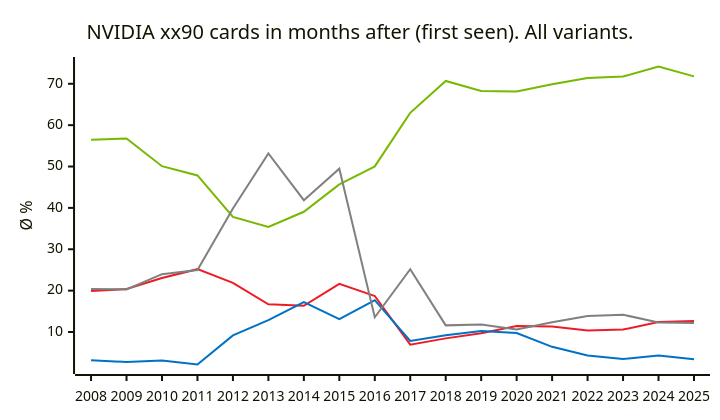
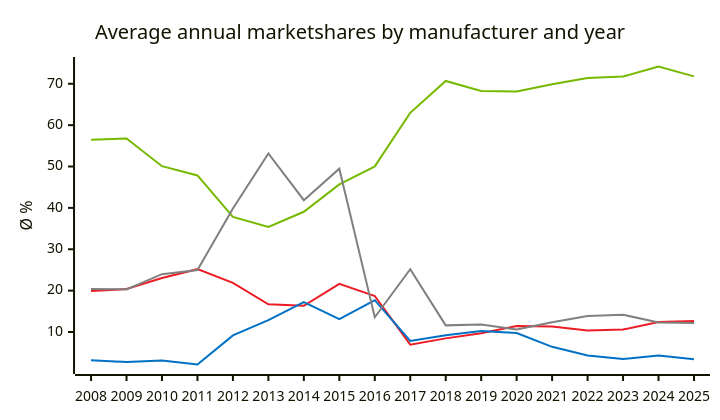
Before and after one commit to jdegene/birch-mapping: the first of 11 diagrams in README.md, drawn with Mermaid. The commit also changed other lines of this file, not shown here.

````diff
--- a/README.md
+++ b/README.md
@@ -7,22 +7,22 @@
 ```mermaid
 ---
 config:
     xyChart:
         width: 700
         height: 400
         
     themeVariables:
         xyChart:
             plotColorPalette: "#76b900,#ED1C24,#0071C5,#808080"
 
 --- 
 
 xychart-beta
-    title "NVIDIA xx90 cards in months after (first seen). All variants."
+    title "Average annual marketshares by manufacturer and year"
     x-axis [2008, 2009, 2010, 2011, 2012, 2013, 2014, 2015, 2016, 2017, 2018, 2019, 2020, 2021, 2022, 2023, 2024, 2025]
     y-axis "Ø %" 
     line [56.48, 56.763333333333335, 50.07625, 47.84571428571429, 37.81375, 35.39000000000001, 39.059, 45.67400000000001, 50.03636363636363, 62.983999999999995, 70.6925, 68.25333333333333, 68.15416666666665, 69.88333333333333, 71.41666666666667, 71.76, 74.17666666666666, 71.792]
     line [19.93, 20.3875, 23.07, 25.19, 21.881249999999998, 16.706666666666667, 16.323999999999998, 21.631999999999998, 18.71, 6.939999999999999, 8.461666666666668, 9.675833333333333, 11.463333333333333, 11.3575, 10.354999999999999, 10.59, 12.410833333333333, 12.65]
     line [3.2, 2.75, 3.09625, 2.145714285714286, 9.1675, 12.888333333333332, 17.224999999999998, 13.13, 17.69909090909091, 7.8375, 9.230833333333333, 10.240833333333333, 9.756666666666668, 6.418333333333333, 4.340833333333333, 3.480833333333334, 4.300000000000001, 3.3940000000000006]
     line [20.39, 20.301666666666666, 23.971249999999998, 24.98, 39.86875, 53.145714285714284, 41.85272727272727, 49.48444444444444, 13.566363636363635, 25.19, 11.603333333333333, 11.834999999999999, 10.618333333333334, 12.334166666666667, 13.880833333333333, 14.175833333333335, 12.324166666666665, 12.148]
 ``` 
````
